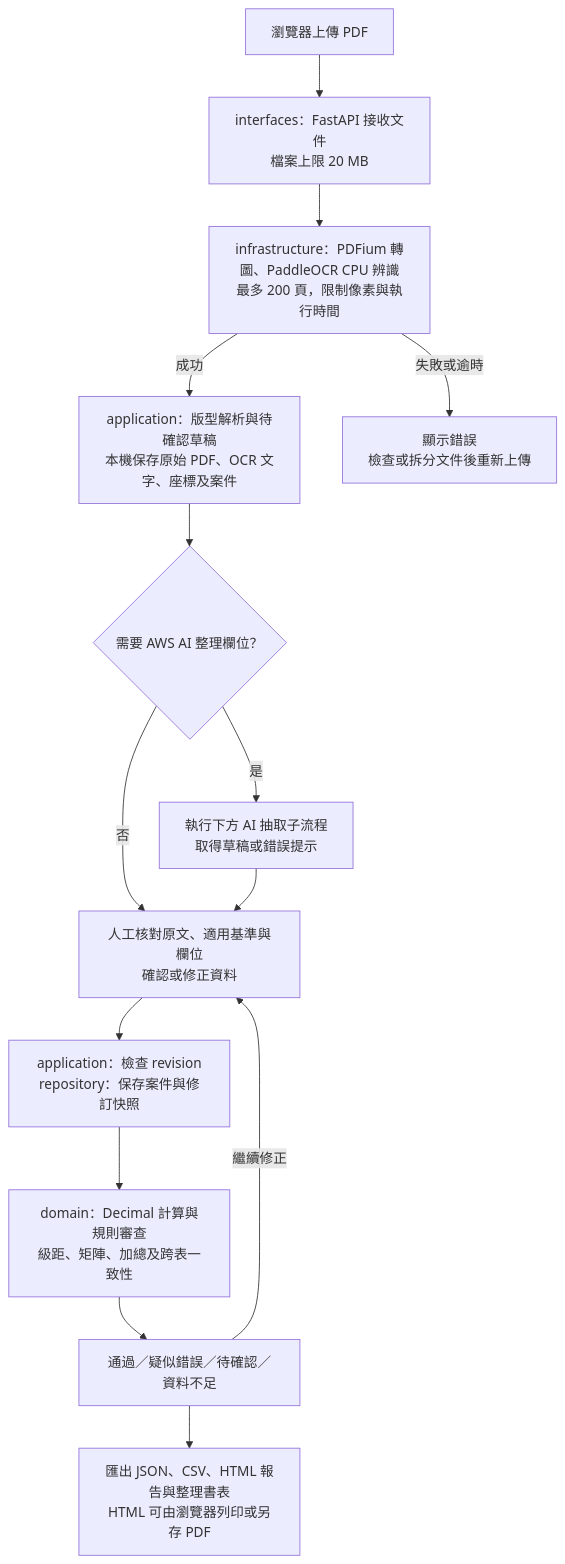
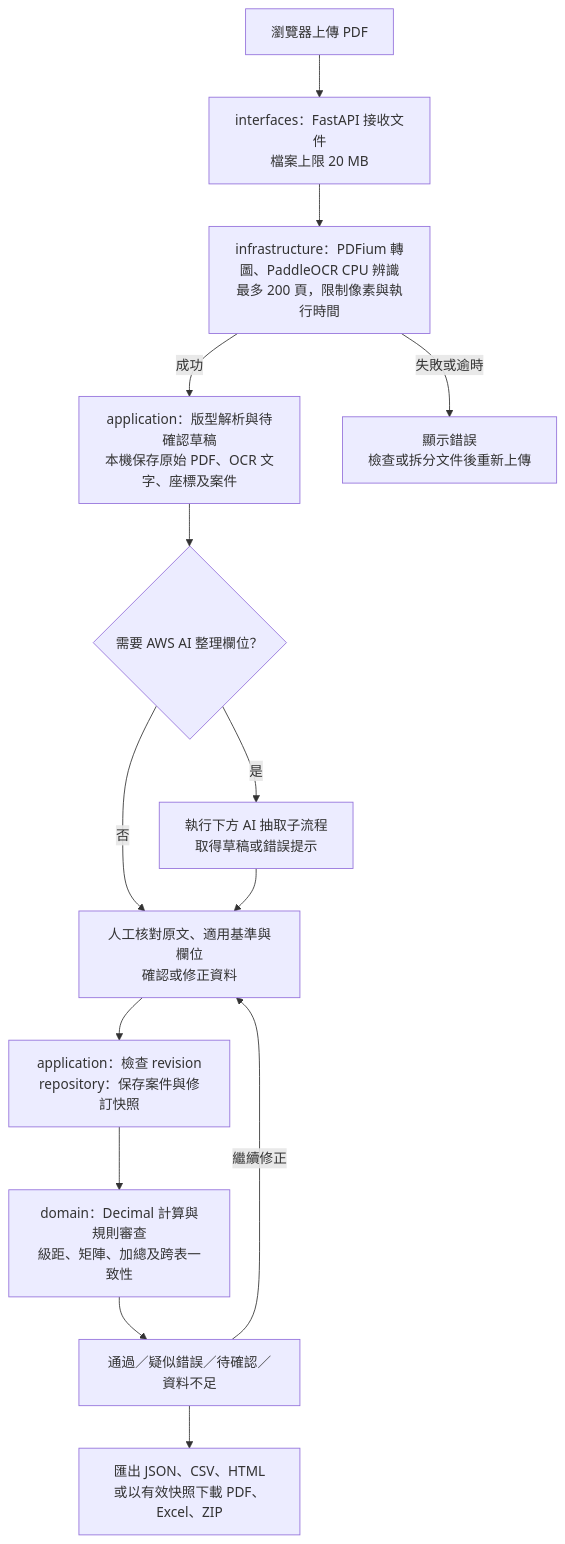
One commit to ChenYi0725/hackathon changed the third of 4 diagrams in README.md. Above: the diagram before and after it, drawn with Mermaid. The commit also changed other lines of this file and 39 other files, not shown here.

````diff
--- a/README.md
+++ b/README.md
@@ -70,16 +95,16 @@
 ```mermaid
 flowchart TB
     UPLOAD["瀏覽器上傳 PDF"] --> HTTP["interfaces：FastAPI 接收文件<br/>檔案上限 20 MB"]
     HTTP --> OCR["infrastructure：PDFium 轉圖、PaddleOCR CPU 辨識<br/>最多 200 頁，限制像素與執行時間"]
     OCR -->|成功| DRAFT["application：版型解析與待確認草稿<br/>本機保存原始 PDF、OCR 文字、座標及案件"]
     OCR -->|失敗或逾時| ERROR["顯示錯誤<br/>檢查或拆分文件後重新上傳"]
     DRAFT --> OPTIONAL{"需要 AWS AI 整理欄位？"}
     OPTIONAL -->|否| HUMAN["人工核對原文、適用基準與欄位<br/>確認或修正資料"]
     OPTIONAL -->|是| AI["執行下方 AI 抽取子流程<br/>取得草稿或錯誤提示"]
     AI --> HUMAN
     HUMAN --> SAVE["application：檢查 revision<br/>repository：保存案件與修訂快照"]
     SAVE --> RULES["domain：Decimal 計算與規則審查<br/>級距、矩陣、加總及跨表一致性"]
     RULES --> RESULT["通過／疑似錯誤／待確認／資料不足"]
     RESULT -->|繼續修正| HUMAN
-    RESULT --> EXPORT["匯出 JSON、CSV、HTML 報告與整理書表<br/>HTML 可由瀏覽器列印或另存 PDF"]
+    RESULT --> EXPORT["匯出 JSON、CSV、HTML<br/>或以有效快照下載 PDF、Excel、ZIP"]
 ```
````
